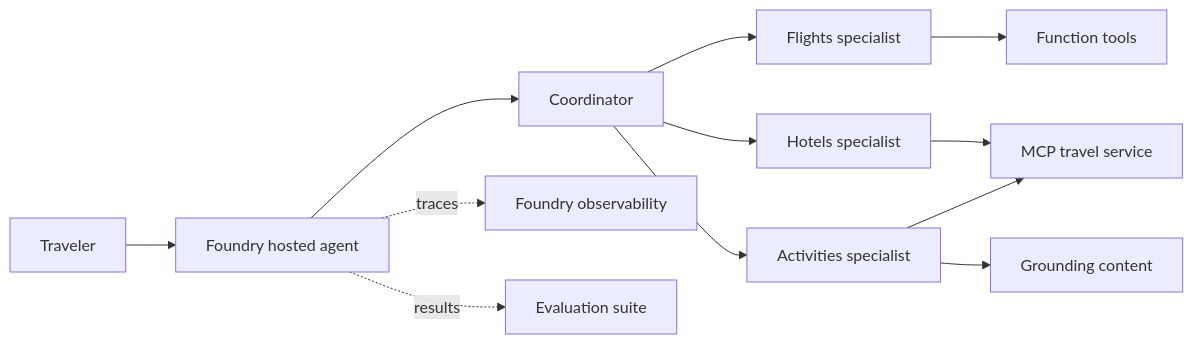
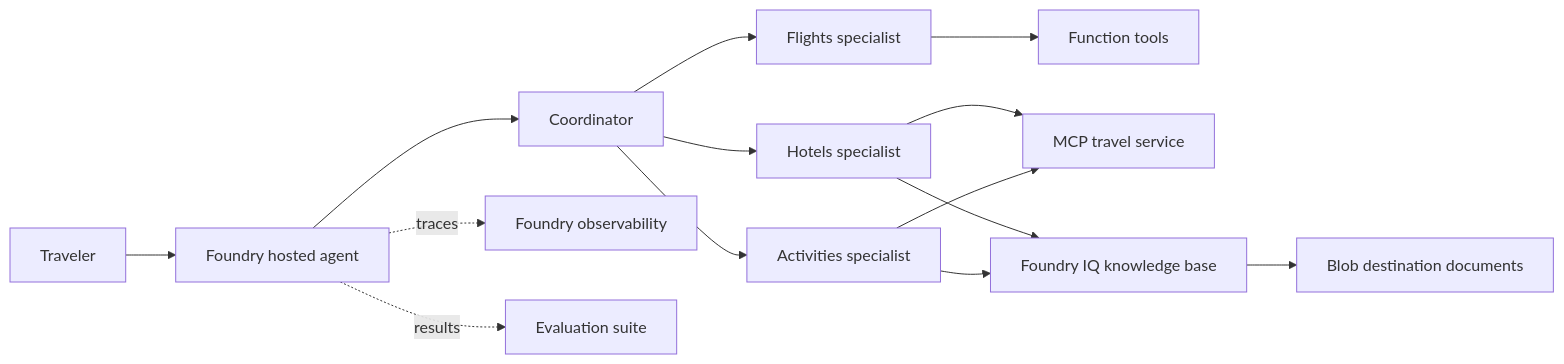
The diagram in README.md (tmathew1000/foundry-multi-agent-developer-lab), drawn with Mermaid before and after one commit. The commit also changed other lines of this file and 37 other files, not shown here.

First line of the commit message:
feat: add Foundry IQ knowledge integration

````diff
--- a/README.md
+++ b/README.md
@@ -42,14 +44,16 @@
 ```mermaid
 flowchart LR
     U[Traveler] --> H[Foundry hosted agent]
     H --> C[Coordinator]
     C --> F[Flights specialist]
     C --> HT[Hotels specialist]
     C --> A[Activities specialist]
     F --> FT[Function tools]
     HT --> M[MCP travel service]
     A --> M
-    A --> G[Grounding content]
+    HT --> IQ[Foundry IQ knowledge base]
+    A --> IQ
+    IQ --> B[Blob destination documents]
     H -. traces .-> O[Foundry observability]
     H -. results .-> E[Evaluation suite]
 ```
````
